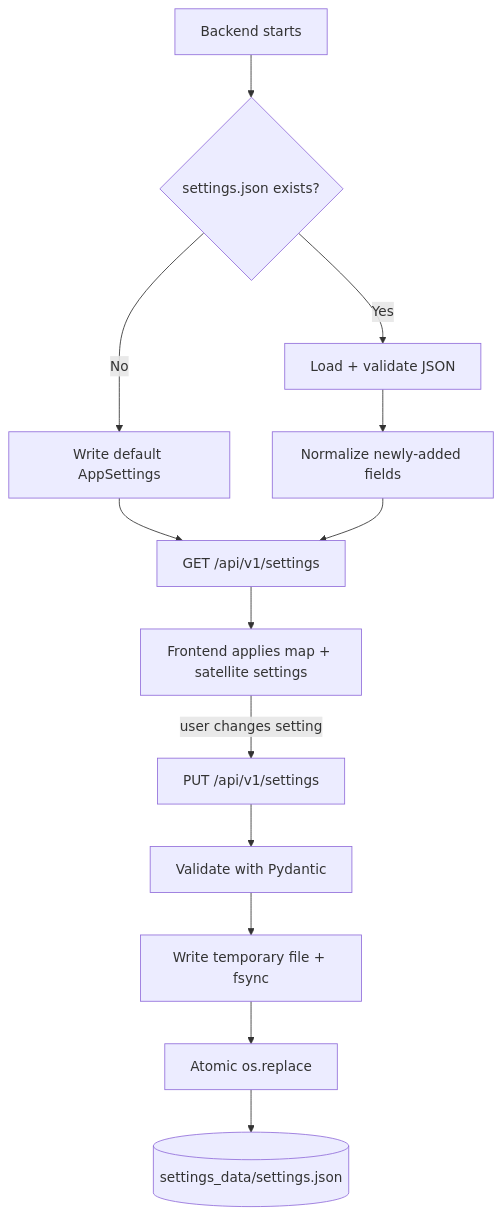
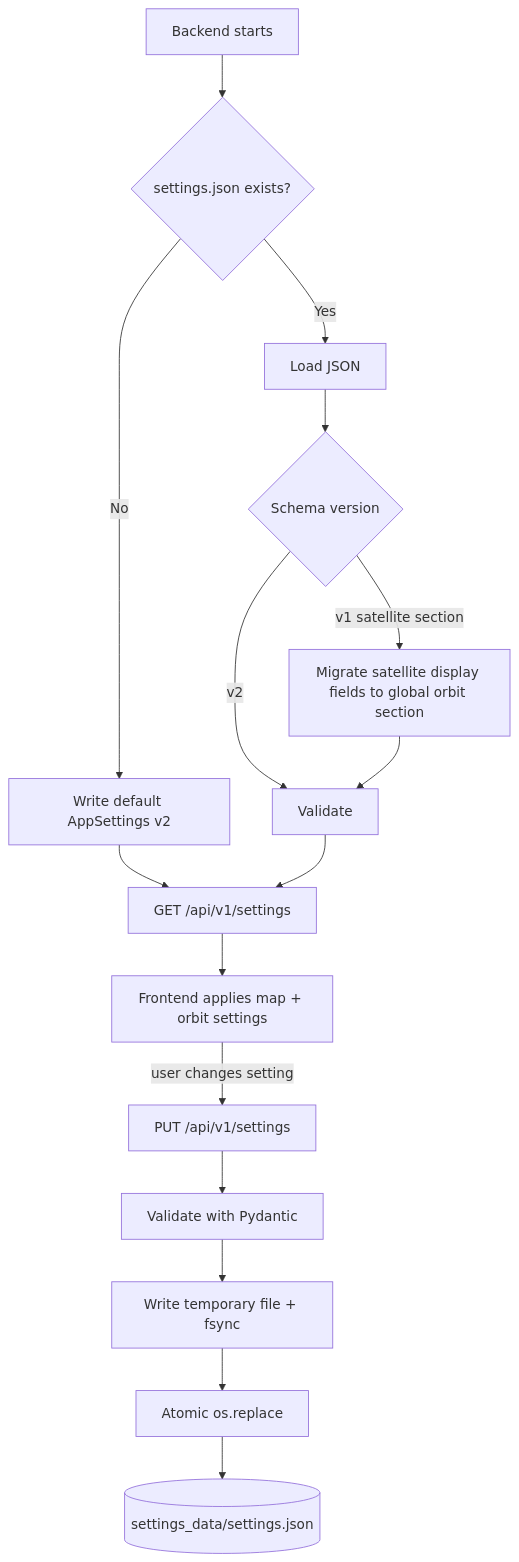
The fifth of 7 diagrams in docs/architecture.md (ExoSpaceLabs/world-sat-monitor), drawn with Mermaid before and after one commit. The commit also changed other lines of this file and 9 other files, not shown here.

Commit message:
refactor(world-sat-monitor): make orbit settings global

````diff
--- a/docs/architecture.md
+++ b/docs/architecture.md
@@ -78,15 +99,18 @@
 ```mermaid
 flowchart TD
     A[Backend starts] --> B{settings.json exists?}
-    B -->|No| C[Write default AppSettings]
-    B -->|Yes| D[Load + validate JSON]
-    D --> E[Normalize newly-added fields]
+    B -->|No| C[Write default AppSettings v2]
+    B -->|Yes| D[Load JSON]
+    D --> M{Schema version}
+    M -->|v1 satellite section| V2[Migrate satellite display fields to global orbit section]
+    M -->|v2| V[Validate]
+    V2 --> V
     C --> F[GET /api/v1/settings]
-    E --> F
-    F --> UI[Frontend applies map + satellite settings]
+    V --> F
+    F --> UI[Frontend applies map + orbit settings]
     UI -->|user changes setting| PUT[PUT /api/v1/settings]
-    PUT --> V[Validate with Pydantic]
-    V --> T[Write temporary file + fsync]
+    PUT --> PV[Validate with Pydantic]
+    PV --> T[Write temporary file + fsync]
     T --> R[Atomic os.replace]
     R --> J[(settings_data/settings.json)]
 ```
````
